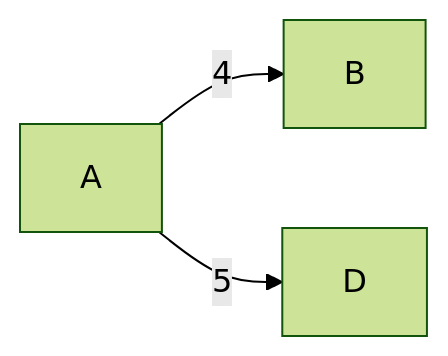
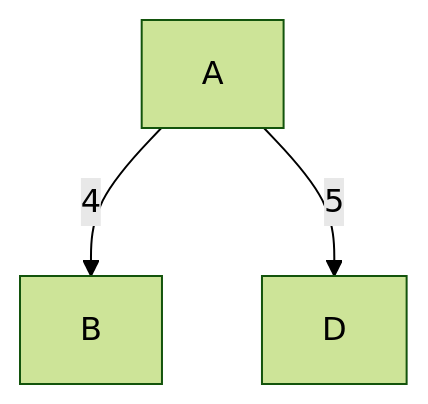
Before and after one commit to PaponAhasan/Data-Structures-and-Algorithms: diagram 15 of 15 in Graph/Minimum Spanning Tree (MST)/Introduction.md, drawn with Mermaid (forest theme).

````diff
--- a/Graph/Minimum Spanning Tree (MST)/Introduction.md
+++ b/Graph/Minimum Spanning Tree (MST)/Introduction.md
@@ -166,5 +166,5 @@
   ```mermaid
-  flowchart LR
+  graph TD;
      A -->|4| B
      A -->|5| D
 ```
````
